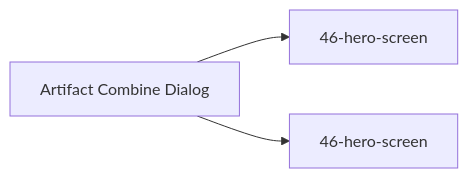
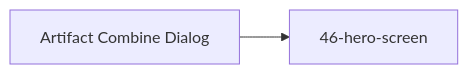
Before and after one commit to SunaNoOshiro/Heroes_Reforged_AI_Realms: the fifth of 5 diagrams in docs/architecture/wiki/screens/52-artifact-combine-dialog/architecture.md, drawn with Mermaid. The commit also changed other lines of this file and 518 other files, not shown here.

First line of the commit message:
Add doc-audit skill and sweep architecture/screen docs

````diff
--- a/docs/architecture/wiki/screens/52-artifact-combine-dialog/architecture.md
+++ b/docs/architecture/wiki/screens/52-artifact-combine-dialog/architecture.md
@@ -68,6 +78,5 @@
 ```mermaid
 flowchart LR
   Current["Artifact Combine Dialog"]
   Current --> T0["46-hero-screen"]
-  Current --> T1["46-hero-screen"]
 ```
````
